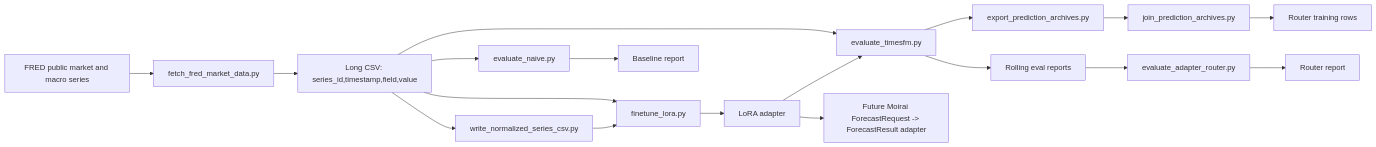
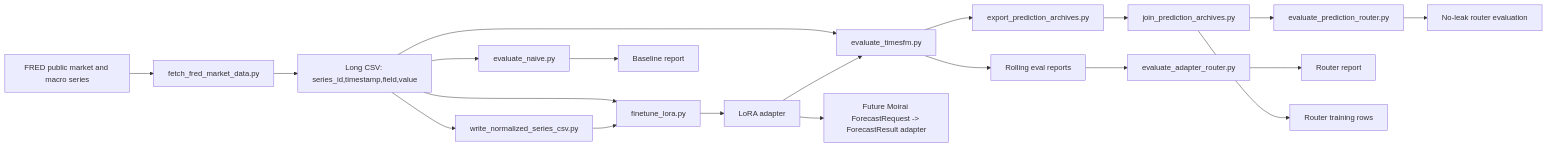
The diagram in experiments/timesfm-lora/README.md (Arch1eSUN/Time0), drawn with Mermaid before and after one commit. The commit also changed other lines of this file and 6 other files, not shown here.

Commit message:
Evaluate no-leak prediction router

````diff
--- a/experiments/timesfm-lora/README.md
+++ b/experiments/timesfm-lora/README.md
@@ -24,20 +24,22 @@
 ```mermaid
 flowchart LR
   A["FRED public market and macro series"] --> B["fetch_fred_market_data.py"]
   B --> C["Long CSV: series_id,timestamp,field,value"]
   C --> D["evaluate_naive.py"]
   C --> E["write_normalized_series_csv.py"]
   C --> F["finetune_lora.py"]
   C --> L["evaluate_timesfm.py"]
   L --> O["export_prediction_archives.py"]
   O --> P["join_prediction_archives.py"]
+  P --> R["evaluate_prediction_router.py"]
   E --> F
   F --> G["LoRA adapter"]
   G --> L
   D --> H["Baseline report"]
   L --> M["Rolling eval reports"]
   M --> J["evaluate_adapter_router.py"]
   J --> K["Router report"]
   P --> Q["Router training rows"]
+  R --> S["No-leak router evaluation"]
   G --> N["Future Moirai ForecastRequest -> ForecastResult adapter"]
 ```
````
